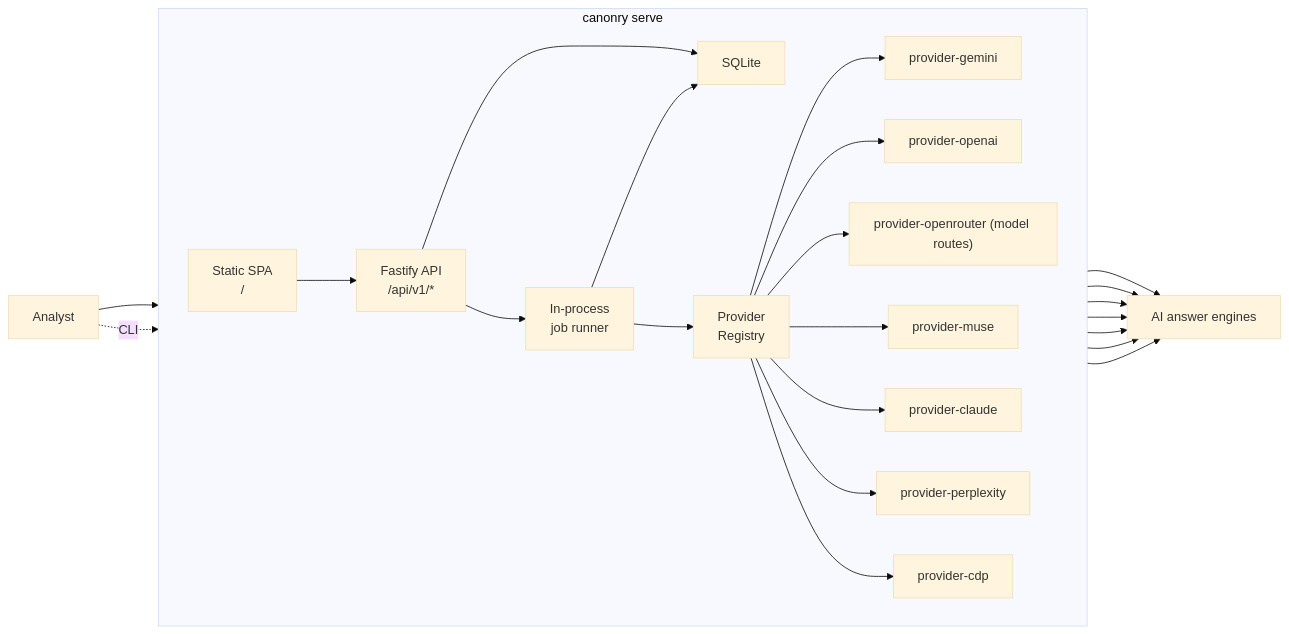
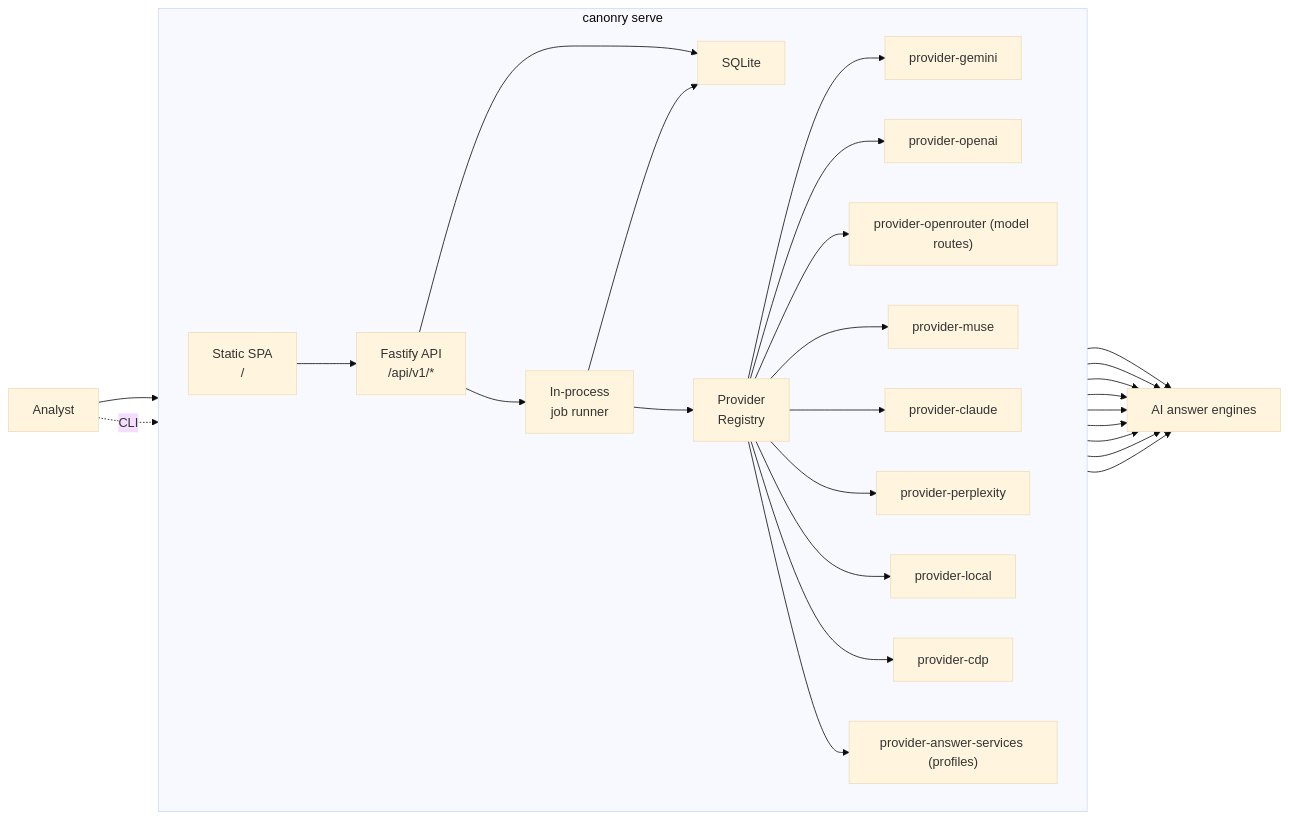
One commit to Canonry/canonry changed the first of 3 diagrams in docs/architecture.md. Above: the diagram before and after it, drawn with Mermaid (base theme). The commit also changed other lines of this file and 12 other files, not shown here.

Commit message:
Refresh stale architecture and operator guidance

````diff
--- a/docs/architecture.md
+++ b/docs/architecture.md
@@ -13,31 +13,35 @@
 ```mermaid
 flowchart LR
   User["Analyst"]
   Target["AI answer engines"]
 
   subgraph Process["canonry serve"]
     direction LR
     SPA["Static SPA<br/>/"] --> API["Fastify API<br/>/api/v1/*"]
     API --> JobRunner["In-process<br/>job runner"]
     API --> SQLite["SQLite"]
     JobRunner --> Registry["Provider<br/>Registry"]
     Registry --> Gemini["provider-gemini"]
     Registry --> OpenAI["provider-openai"]
     Registry --> OpenRouter["provider-openrouter (model routes)"]
     Registry --> Muse["provider-muse"]
     Registry --> Claude["provider-claude"]
     Registry --> Perplexity["provider-perplexity"]
+    Registry --> Local["provider-local"]
     Registry --> CDP["provider-cdp"]
+    Registry --> AnswerServices["provider-answer-services (profiles)"]
     JobRunner --> SQLite
   end
 
   User --> SPA
   User -. CLI .-> API
   Gemini --> Target
   OpenAI --> Target
   OpenRouter --> Target
   Muse --> Target
   Claude --> Target
   Perplexity --> Target
+  Local --> Target
   CDP --> Target
+  AnswerServices --> Target
 ```
````
